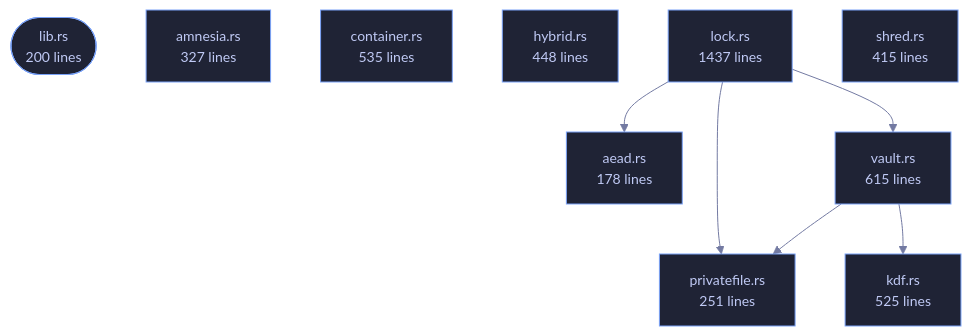
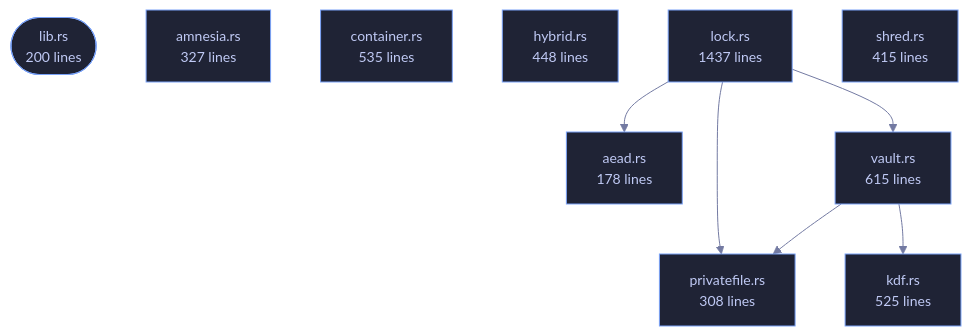
Before and after one commit to tilas01/veilvoice: the diagram in crates/veilvoice-crypto/README.md, drawn with Mermaid. The commit also changed other lines of this file and 64 other files, not shown here.

````diff
--- a/crates/veilvoice-crypto/README.md
+++ b/crates/veilvoice-crypto/README.md
@@ -108,29 +108,29 @@
 ```mermaid
 %%{init: {"theme":"base","themeVariables":{"background":"#1a1b26","primaryColor":"#1f2335","primaryTextColor":"#c0caf5","primaryBorderColor":"#7aa2f7","secondaryColor":"#16161e","tertiaryColor":"#16161e","lineColor":"#737aa2","textColor":"#c0caf5","mainBkg":"#1f2335","nodeBorder":"#7aa2f7","clusterBkg":"#16161e","clusterBorder":"#2f3549","fontFamily":"ui-monospace, SFMono-Regular, Consolas, monospace","fontSize":"14px"}}}%%
 flowchart TD
     n_lib(["lib.rs<br/>200 lines"])
     n_aead["aead.rs<br/>178 lines"]
     n_amnesia["amnesia.rs<br/>327 lines"]
     n_container["container.rs<br/>535 lines"]
     n_hybrid["hybrid.rs<br/>448 lines"]
     n_kdf["kdf.rs<br/>525 lines"]
     n_lock["lock.rs<br/>1437 lines"]
-    n_privatefile["privatefile.rs<br/>251 lines"]
+    n_privatefile["privatefile.rs<br/>308 lines"]
     n_shred["shred.rs<br/>415 lines"]
     n_vault["vault.rs<br/>615 lines"]
     n_lock --> n_aead
     n_lock --> n_privatefile
     n_lock --> n_vault
     n_vault --> n_kdf
     n_vault --> n_privatefile
     click n_lib href "https://github.com/tilas01/veilvoice/blob/main/crates/veilvoice-crypto/src/lib.rs" "open the source"
     click n_aead href "https://github.com/tilas01/veilvoice/blob/main/crates/veilvoice-crypto/src/aead.rs" "open the source"
     click n_amnesia href "https://github.com/tilas01/veilvoice/blob/main/crates/veilvoice-crypto/src/amnesia.rs" "open the source"
     click n_container href "https://github.com/tilas01/veilvoice/blob/main/crates/veilvoice-crypto/src/container.rs" "open the source"
     click n_hybrid href "https://github.com/tilas01/veilvoice/blob/main/crates/veilvoice-crypto/src/hybrid.rs" "open the source"
     click n_kdf href "https://github.com/tilas01/veilvoice/blob/main/crates/veilvoice-crypto/src/kdf.rs" "open the source"
     click n_lock href "https://github.com/tilas01/veilvoice/blob/main/crates/veilvoice-crypto/src/lock.rs" "open the source"
     click n_privatefile href "https://github.com/tilas01/veilvoice/blob/main/crates/veilvoice-crypto/src/privatefile.rs" "open the source"
     click n_shred href "https://github.com/tilas01/veilvoice/blob/main/crates/veilvoice-crypto/src/shred.rs" "open the source"
     click n_vault href "https://github.com/tilas01/veilvoice/blob/main/crates/veilvoice-crypto/src/vault.rs" "open the source"
 ```
````
